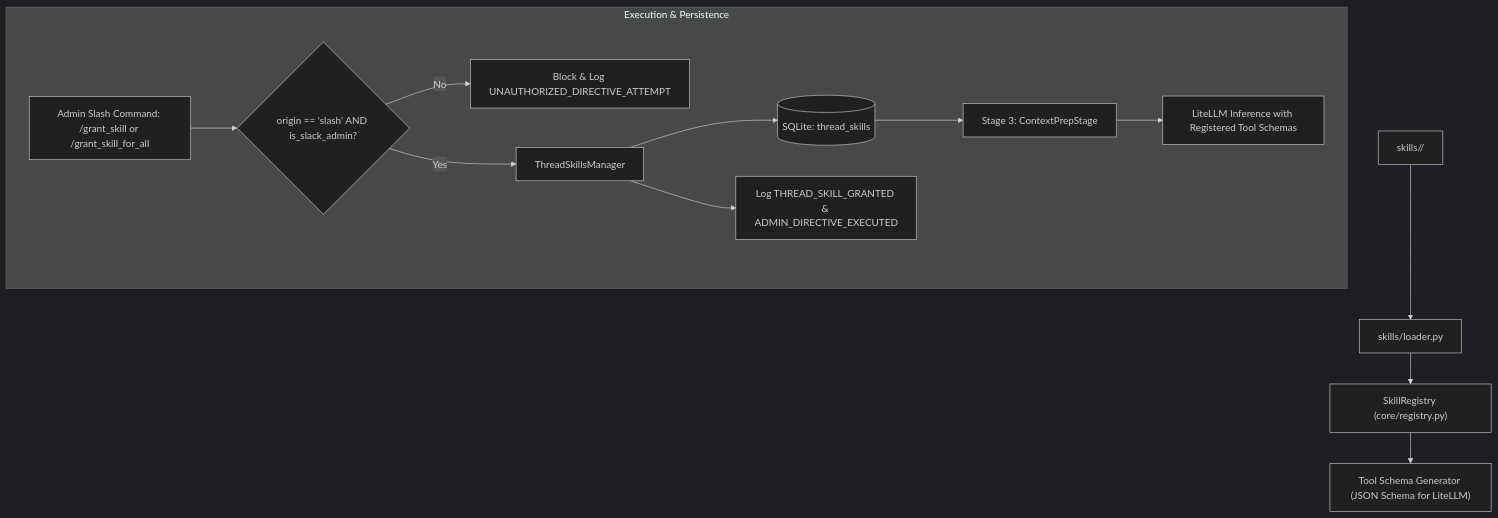
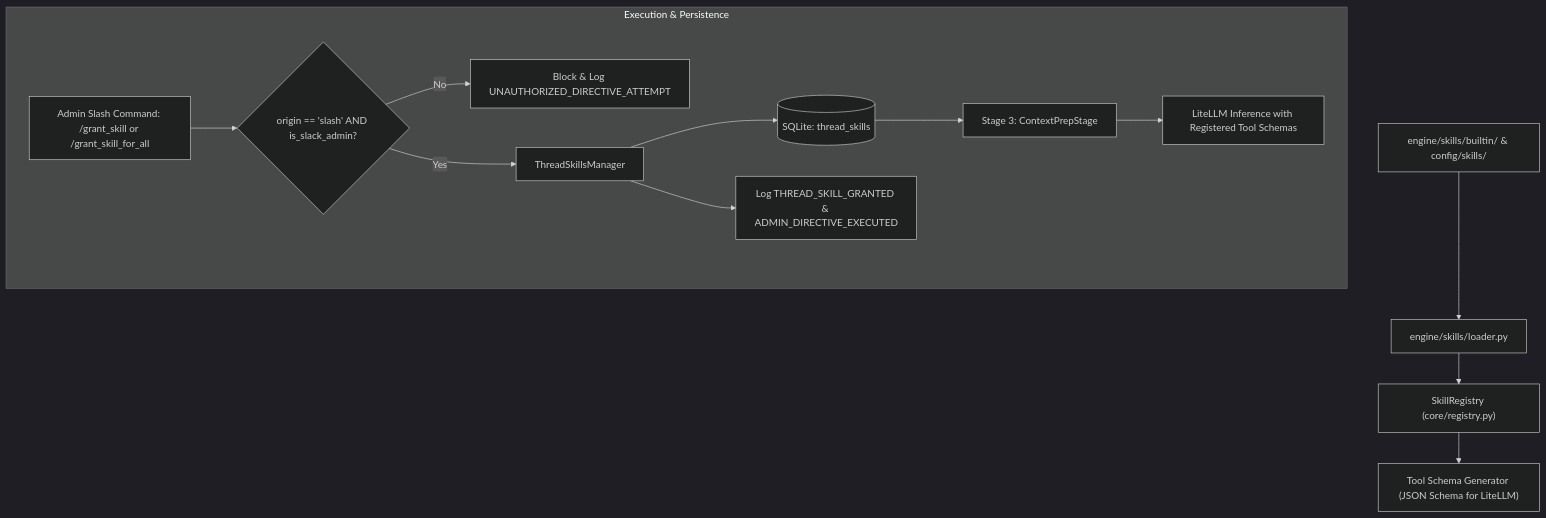
One commit to BranMik/Izvor changed the first of 2 diagrams in docs/agents-and-skills/skills-framework.md. Above: the diagram before and after it, drawn with Mermaid (dark theme). The commit also changed other lines of this file and 15 other files, not shown here.

Commit message:
docs: add 3-tier config, engine, and data architecture guide and instructions

````diff
--- a/docs/agents-and-skills/skills-framework.md
+++ b/docs/agents-and-skills/skills-framework.md
@@ -16,16 +16,16 @@
 ```mermaid
 graph TD
-    Directory["skills/<skill_name>/"] --> Loader["skills/loader.py"]
+    Directory["engine/skills/builtin/ & config/skills/"] --> Loader["engine/skills/loader.py"]
     Loader --> Registry["SkillRegistry (core/registry.py)"]
     Registry --> SchemaGen["Tool Schema Generator (JSON Schema for LiteLLM)"]
     
     subgraph Execution & Persistence
         UserDirective["Admin Slash Command: /grant_skill or /grant_skill_for_all"] --> OriginGuard{"origin == 'slash' AND is_slack_admin?"}
         OriginGuard -->|No| BlockPriv["Block & Log UNAUTHORIZED_DIRECTIVE_ATTEMPT"]
         OriginGuard -->|Yes| Manager["ThreadSkillsManager"]
         Manager --> SQLiteTable[("SQLite: thread_skills")]
         Manager --> AuditLog["Log THREAD_SKILL_GRANTED & ADMIN_DIRECTIVE_EXECUTED"]
         SQLiteTable --> ContextPrep["Stage 3: ContextPrepStage"]
         ContextPrep --> LLM["LiteLLM Inference with Registered Tool Schemas"]
     end
 ```
````
